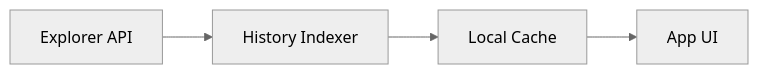
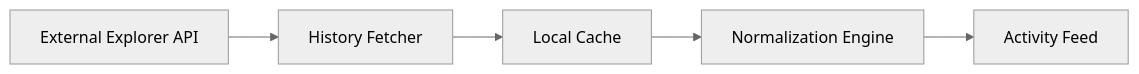
Before and after one commit to ImL1s/dart_web3: the diagram in dart_web3/packages/history/README.md, drawn with Mermaid (neutral theme). The commit also changed other lines of this file and 31 other files, not shown here.

````diff
--- a/dart_web3/packages/history/README.md
+++ b/dart_web3/packages/history/README.md
@@ -14,6 +17,7 @@
 ```mermaid
 graph LR
-    ExplorerAPI[Explorer API] --> Indexer[History Indexer]
-    Indexer --> Cache[Local Cache]
-    Cache --> Consumer[App UI]
+    API[External Explorer API] --> Fetcher[History Fetcher]
+    Fetcher --> Cache[Local Cache]
+    Cache --> Logic[Normalization Engine]
+    Logic --> UI[Activity Feed]
 ```
````
